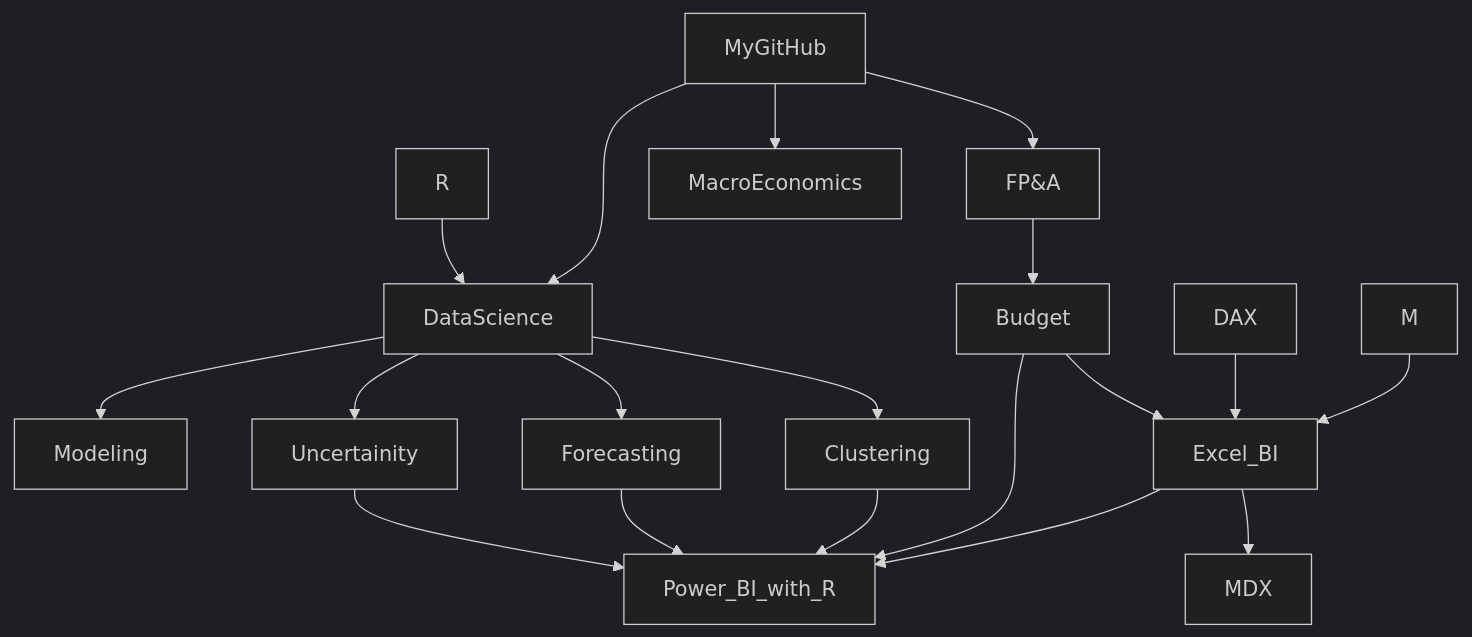
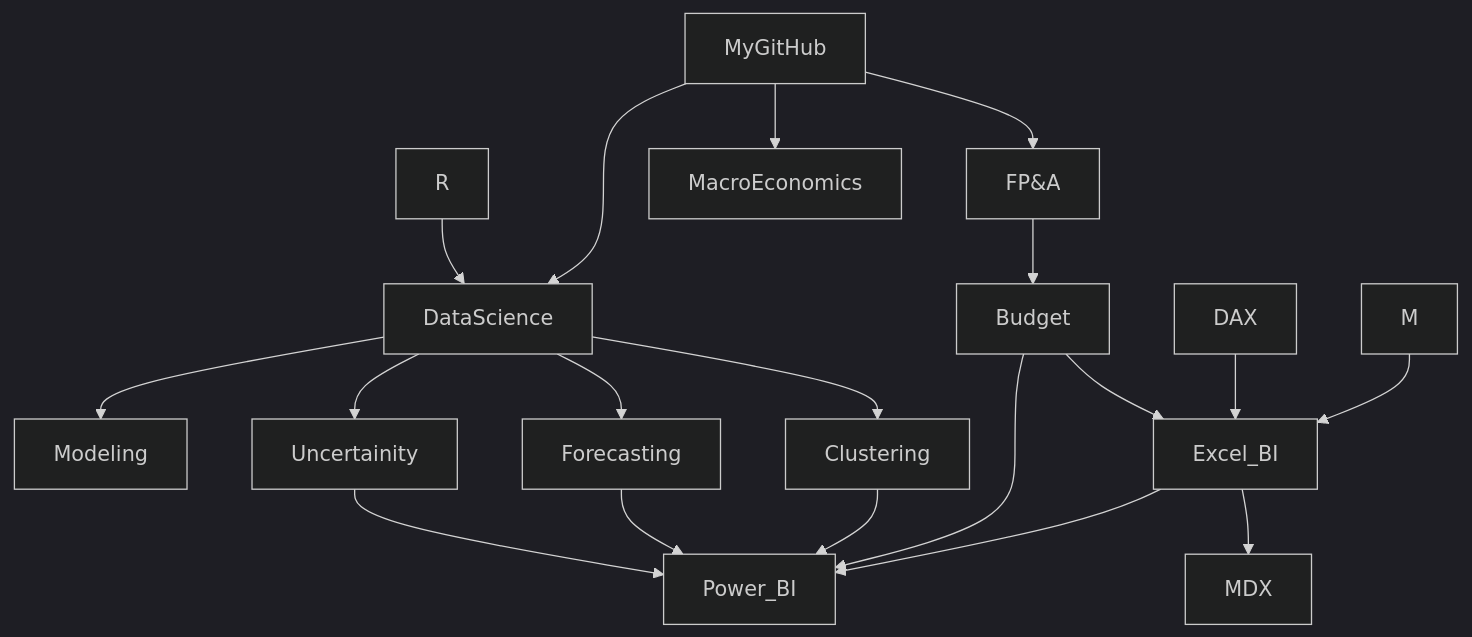
The diagram in README.md (md3629/md3629), drawn with Mermaid (dark theme) before and after one commit.

````diff
--- a/README.md
+++ b/README.md
@@ -9,21 +9,21 @@
 ```mermaid
 graph TD;
     MyGitHub-->FP&A;
     FP&A-->Budget;
     R-->DataScience;
     MyGitHub-->DataScience;
     MyGitHub-->MacroEconomics;
     DataScience-->Modeling;
     DataScience-->Forecasting;
     DataScience-->Clustering;
     DataScience-->Uncertainity;
-    Uncertainity-->Power_BI_with_R;
-    Forecasting-->Power_BI_with_R;
-    Clustering-->Power_BI_with_R;
-    Budget-->Power_BI_with_R;
+    Uncertainity-->Power_BI;
+    Forecasting-->Power_BI;
+    Clustering-->Power_BI;
+    Budget-->Power_BI;
     Budget-->Excel_BI;
     DAX-->Excel_BI;
     M-->Excel_BI;
-    Excel_BI-->Power_BI_with_R;
+    Excel_BI-->Power_BI;
     Excel_BI-->MDX;
 ```
````
